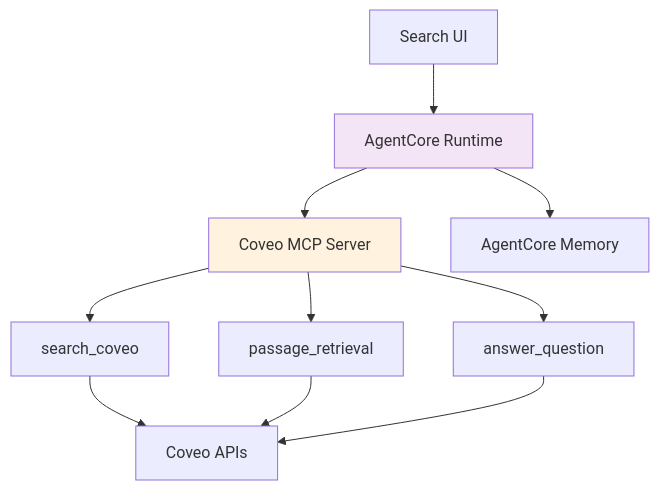
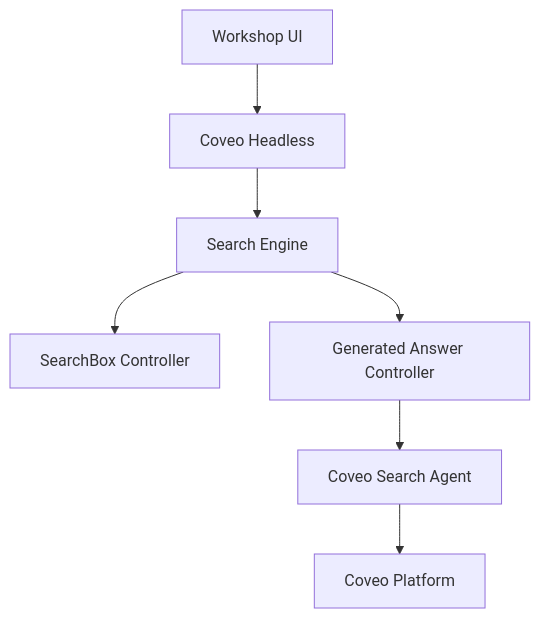
One commit to kpullagu/aws-coveo-workshop-stackset changed the fourth of 5 diagrams in mkdocs-workshop/docs/resources/diagrams.md. Above: the diagram before and after it, drawn with Mermaid. The commit also changed other lines of this file and 98 other files, not shown here.

First line of the commit message:
Workshop refresh: AgentCore + Hosted MCP chatbot, native Coveo Search Agent UI, and updated docs

````diff
--- a/mkdocs-workshop/docs/resources/diagrams.md
+++ b/mkdocs-workshop/docs/resources/diagrams.md
@@ -72,17 +77,9 @@
 ```mermaid
 graph TB
-    UI[Search UI] --> Runtime[AgentCore Runtime]
-    Runtime --> MCP[Coveo MCP Server]
-    MCP --> Search[search_coveo]
-    MCP --> Passages[passage_retrieval]
-    MCP --> Answer[answer_question]
-    
-    Search --> Coveo[Coveo APIs]
-    Passages --> Coveo
-    Answer --> Coveo
-    
-    Runtime --> Memory[AgentCore Memory]
-    
-    style Runtime fill:#f3e5f5
-    style MCP fill:#fff3e0
+    UI[Workshop UI] --> Headless[Coveo Headless]
+    Headless --> Engine[Search Engine]
+    Engine --> SearchBox[SearchBox Controller]
+    Engine --> GeneratedAnswer[Generated Answer Controller]
+    GeneratedAnswer --> SearchAgent[Coveo Search Agent]
+    SearchAgent --> Coveo[Coveo Platform]
 ```
````
